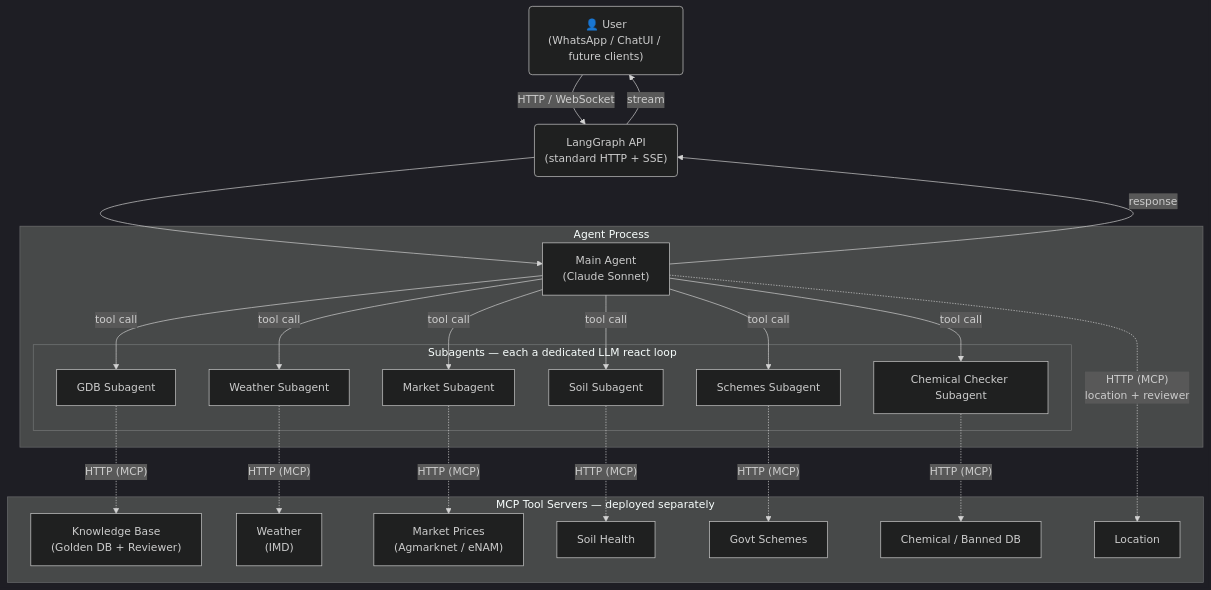
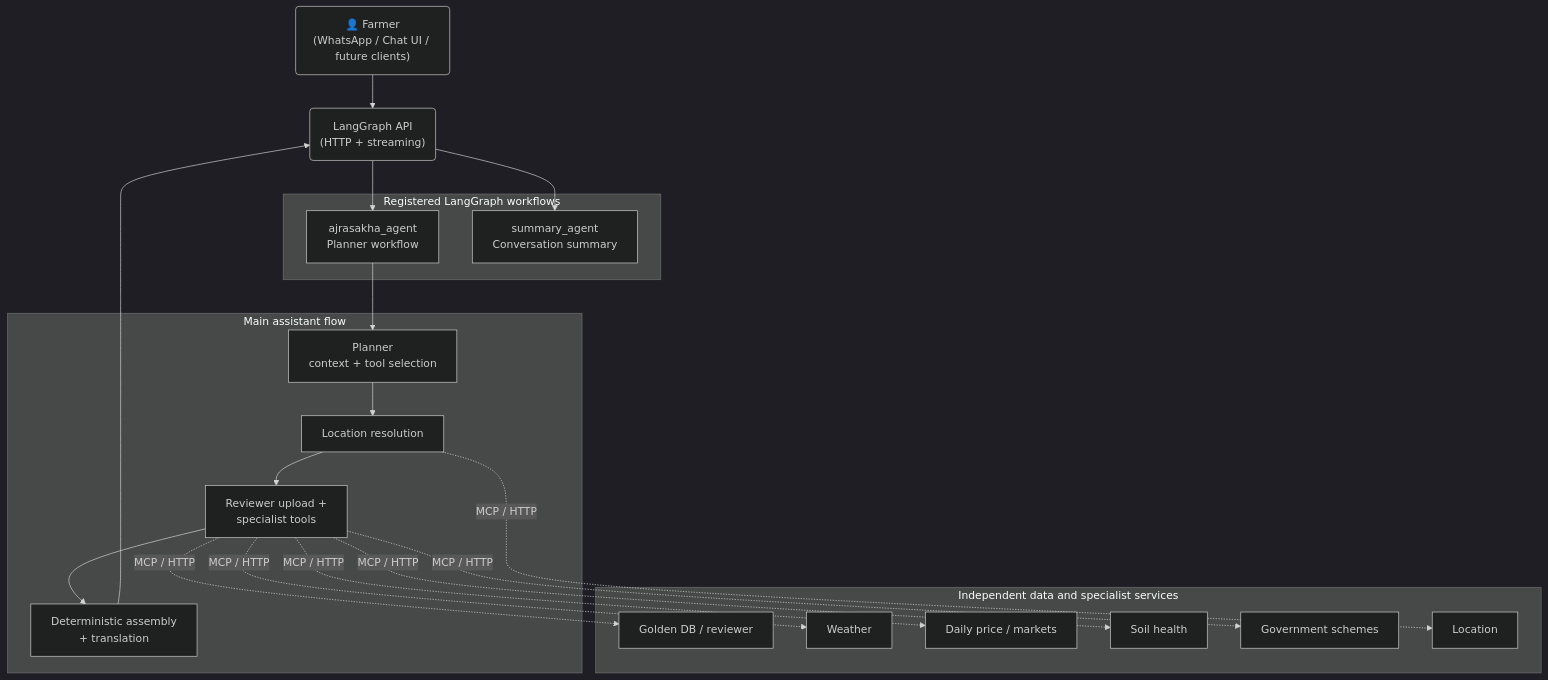
Before and after one commit to vicharanashala/ajrasakha: the first of 2 diagrams in ai/README.md, drawn with Mermaid (dark theme). The commit also changed other lines of this file and 1 other file, not shown here.

````diff
--- a/ai/README.md
+++ b/ai/README.md
@@ -15,49 +22,38 @@
 ```mermaid
 graph TD
-    User("👤 User\n(WhatsApp / ChatUI / future clients)")
-    API("LangGraph API\n(standard HTTP + SSE)")
+    User("👤 Farmer\n(WhatsApp / Chat UI / future clients)")
+    API("LangGraph API\n(HTTP + streaming)")
 
-    subgraph Agent ["Agent Process"]
-        Main["Main Agent\n(Claude Sonnet)"]
-
-        subgraph Subagents ["Subagents  —  each a dedicated LLM react loop"]
-            SA1["GDB Subagent"]
-            SA2["Weather Subagent"]
-            SA3["Market Subagent"]
-            SA4["Soil Subagent"]
-            SA5["Schemes Subagent"]
-            SA6["Chemical Checker Subagent"]
-        end
-
-        Main -- "tool call" --> SA1
-        Main -- "tool call" --> SA2
-        Main -- "tool call" --> SA3
-        Main -- "tool call" --> SA4
-        Main -- "tool call" --> SA5
-        Main -- "tool call" --> SA6
+    subgraph Graphs ["Registered LangGraph workflows"]
+        Main["ajrasakha_agent\nPlanner workflow"]
+        Summary["summary_agent\nConversation summary"]
     end
 
-    subgraph MCP ["MCP Tool Servers  —  deployed separately"]
-        S1["Knowledge Base\n(Golden DB + Reviewer)"]
-        S2["Weather\n(IMD)"]
-        S3["Market Prices\n(Agmarknet / eNAM)"]
-        S4["Soil Health"]
-        S5["Location"]
-        S6["Govt Schemes"]
-        S7["Chemical / Banned DB"]
+    subgraph MainFlow ["Main assistant flow"]
+        Planner["Planner\ncontext + tool selection"]
+        Location["Location resolution"]
+        Execute["Reviewer upload +\nspecialist tools"]
+        Assemble["Deterministic assembly\n+ translation"]
     end
 
-    User -->|"HTTP / WebSocket"| API
+    subgraph Services ["Independent data and specialist services"]
+        GDB["Golden DB / reviewer"]
+        Weather["Weather"]
+        Market["Daily price / markets"]
+        Soil["Soil health"]
+        Schemes["Government schemes"]
+        Geo["Location"]
+    end
+
+    User --> API
     API --> Main
-    Main -->|"response"| API
-    API -->|"stream"| User
-
-    Main -. "HTTP (MCP)\nlocation + reviewer" .-> S5
-
-    SA1 -. "HTTP (MCP)" .-> S1
-    SA2 -. "HTTP (MCP)" .-> S2
-    SA3 -. "HTTP (MCP)" .-> S3
-    SA4 -. "HTTP (MCP)" .-> S4
-    SA5 -. "HTTP (MCP)" .-> S6
-    SA6 -. "HTTP (MCP)" .-> S7
+    API --> Summary
+    Main --> Planner --> Location --> Execute --> Assemble
+    Execute -. "MCP / HTTP" .-> GDB
+    Execute -. "MCP / HTTP" .-> Weather
+    Execute -. "MCP / HTTP" .-> Market
+    Execute -. "MCP / HTTP" .-> Soil
+    Execute -. "MCP / HTTP" .-> Schemes
+    Location -. "MCP / HTTP" .-> Geo
+    Assemble --> API
 ```
````
